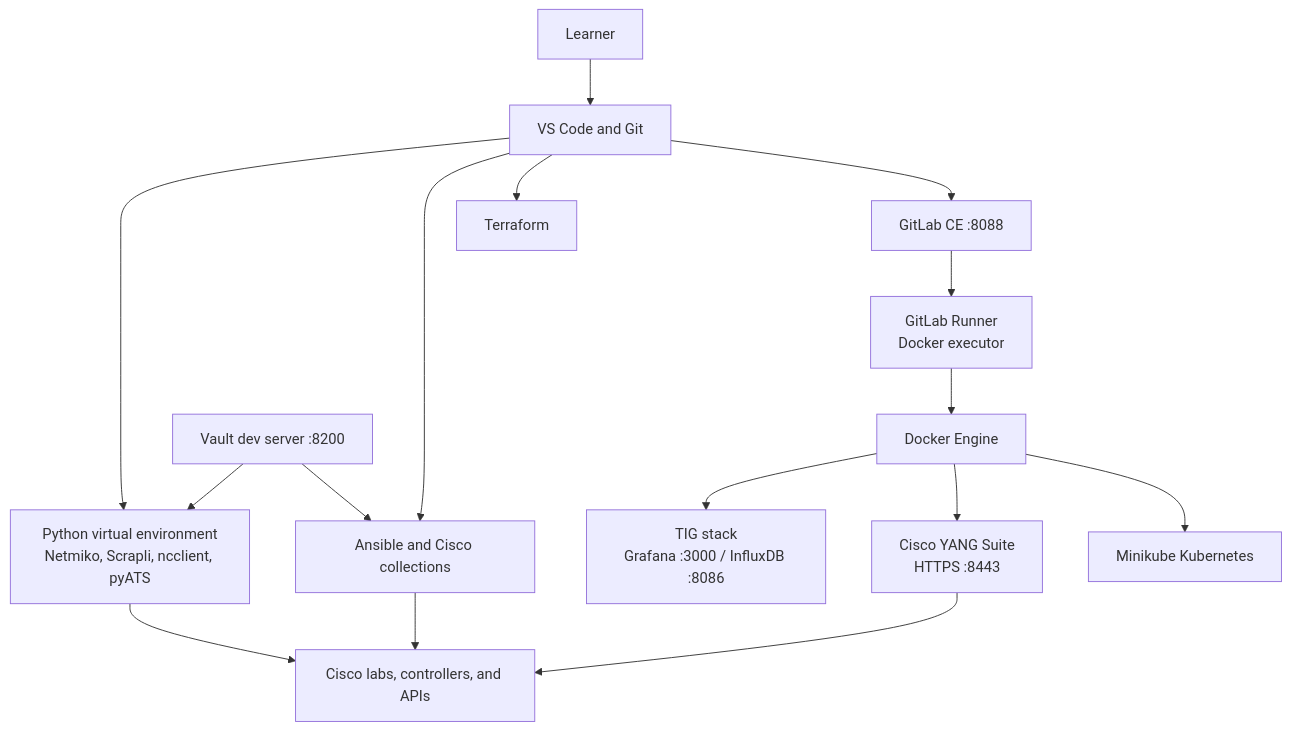
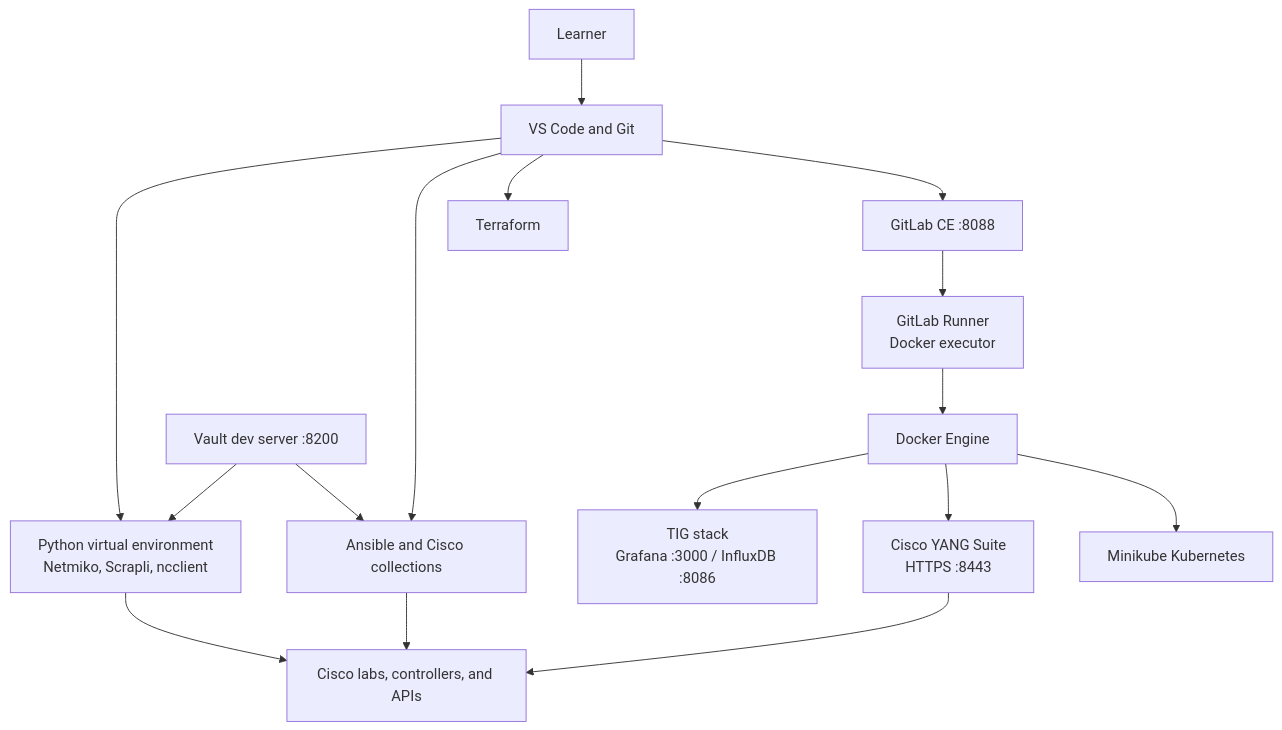
The diagram in LAB/Lab1/Lab1.md (tanthanh85/CCNPAUTO), drawn with Mermaid before and after one commit. The commit also changed other lines of this file and 4 other files, not shown here.

````diff
--- a/LAB/Lab1/Lab1.md
+++ b/LAB/Lab1/Lab1.md
@@ -45,19 +45,19 @@
 ```mermaid
 flowchart TB
     Learner["Learner"] --> VSCode["VS Code and Git"]
-    VSCode --> Python["Python virtual environment<br/>Netmiko, Scrapli, ncclient, pyATS"]
+    VSCode --> Python["Python virtual environment<br/>Netmiko, Scrapli, ncclient"]
     VSCode --> Ansible["Ansible and Cisco collections"]
     VSCode --> IaC["Terraform"]
     VSCode --> GitLab["GitLab CE :8088"]
     GitLab --> Runner["GitLab Runner<br/>Docker executor"]
 
     Docker["Docker Engine"] --> TIG["TIG stack<br/>Grafana :3000 / InfluxDB :8086"]
     Docker --> YANG["Cisco YANG Suite<br/>HTTPS :8443"]
     Docker --> K8s["Minikube Kubernetes"]
     Runner --> Docker
     Python --> Devices["Cisco labs, controllers, and APIs"]
     Ansible --> Devices
     YANG --> Devices
     Vault["Vault dev server :8200"] --> Python
     Vault --> Ansible
 ```
````
